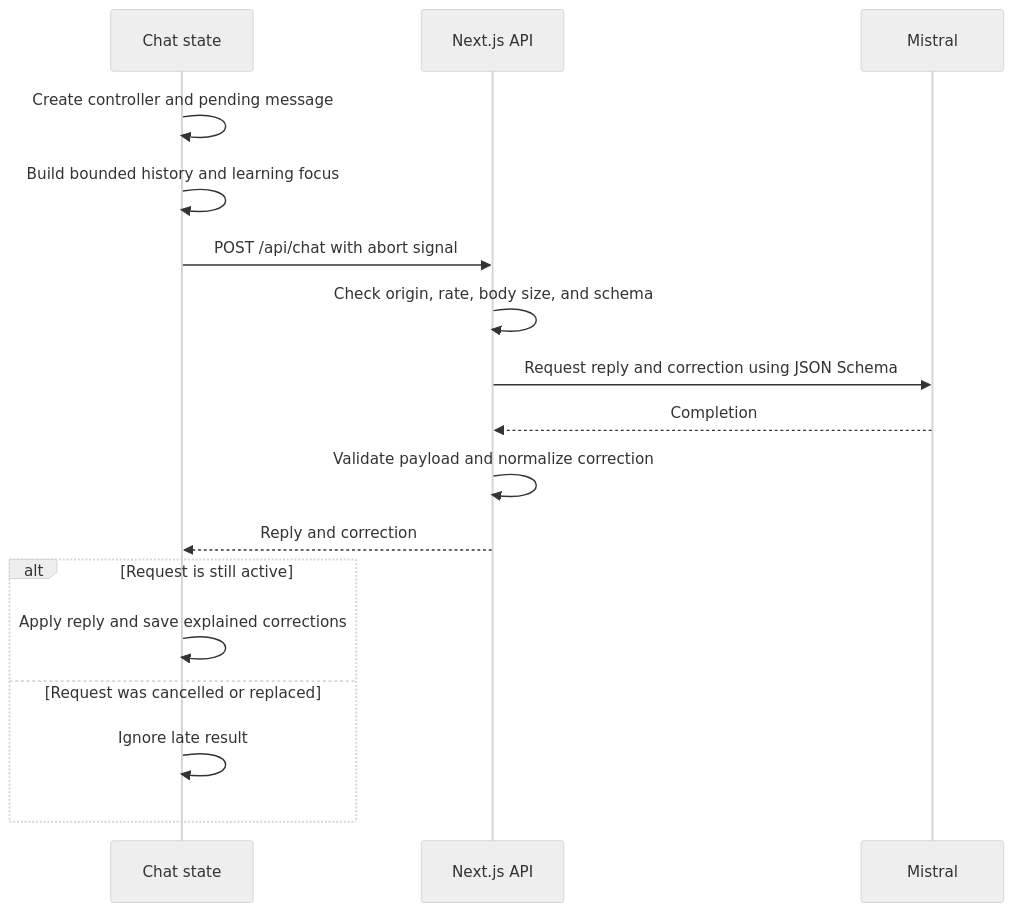
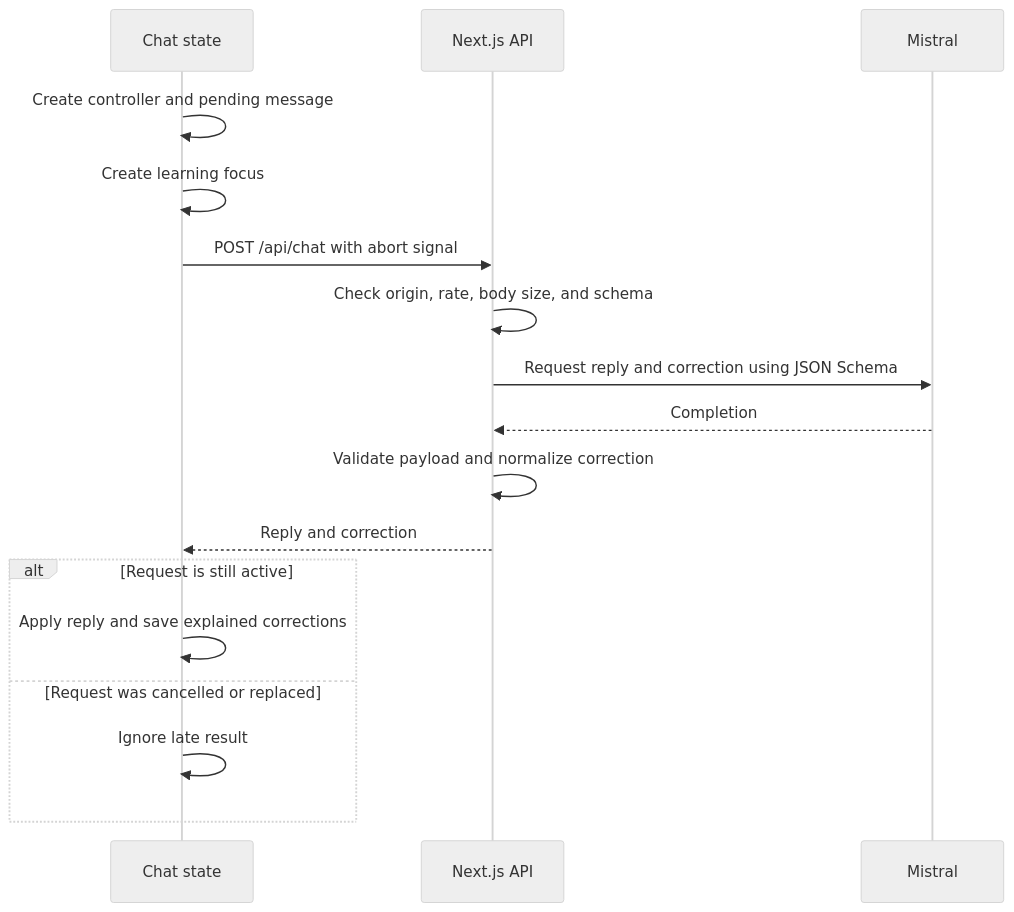
Before and after one commit to Yvesei/LangBot: the second of 5 diagrams in README.md, drawn with Mermaid (neutral theme). The commit also changed other lines of this file and 50 other files, not shown here.

````diff
--- a/README.md
+++ b/README.md
@@ -126,20 +126,20 @@
 ```mermaid
 sequenceDiagram
     participant UI as Chat state
     participant API as Next.js API
     participant AI as Mistral
 
     UI->>UI: Create controller and pending message
-    UI->>UI: Build bounded history and learning focus
+    UI->>UI: Create learning focus
     UI->>API: POST /api/chat with abort signal
     API->>API: Check origin, rate, body size, and schema
     API->>AI: Request reply and correction using JSON Schema
     AI-->>API: Completion
     API->>API: Validate payload and normalize correction
     API-->>UI: Reply and correction
     alt Request is still active
         UI->>UI: Apply reply and save explained corrections
     else Request was cancelled or replaced
         UI->>UI: Ignore late result
     end
 ```
````
